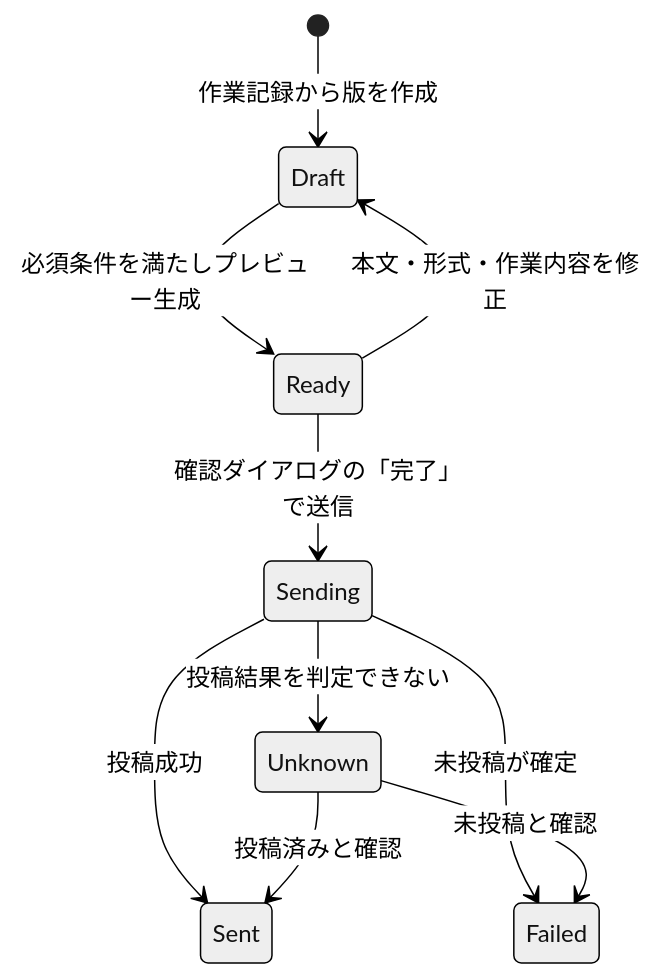
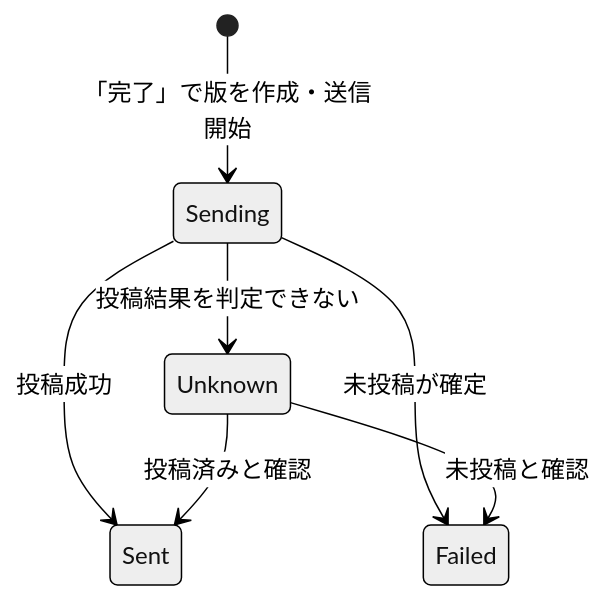
The second of 4 diagrams in docs/state-transitions.md (nto300002/kiiya-cleaning-checker), drawn with Mermaid (neutral theme) before and after one commit. The commit also changed other lines of this file and 6 other files, not shown here.

````diff
--- a/docs/state-transitions.md
+++ b/docs/state-transitions.md
@@ -88,12 +91,9 @@
 ```mermaid
 stateDiagram-v2
-    [*] --> Draft: 作業記録から版を作成
-    Draft --> Ready: 必須条件を満たしプレビュー生成
-    Ready --> Draft: 本文・形式・作業内容を修正
-    Ready --> Sending: 確認ダイアログの「完了」で送信
+    [*] --> Sending: 「完了」で版を作成・送信開始
     Sending --> Sent: 投稿成功
     Sending --> Failed: 未投稿が確定
     Sending --> Unknown: 投稿結果を判定できない
     Unknown --> Sent: 投稿済みと確認
     Unknown --> Failed: 未投稿と確認
 ```
````
